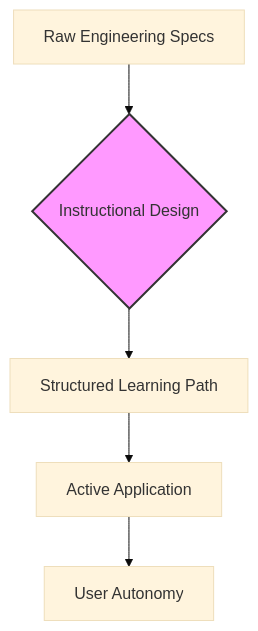
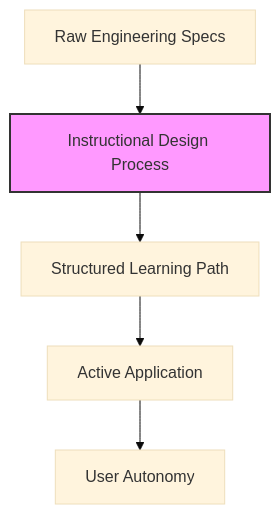
Before and after one commit to vaishvanara/techwritingkb: the diagram in docs/industry-terms/instructional-design.md, drawn with Mermaid (base theme). The commit also changed other lines of this file and 51 other files, not shown here.

````diff
--- a/docs/industry-terms/instructional-design.md
+++ b/docs/industry-terms/instructional-design.md
@@ -42,8 +42,8 @@
 ```mermaid
 graph TD
-    A[Raw Engineering Specs] --> B{Instructional Design}
+    A[Raw Engineering Specs] --> B[Instructional Design Process]
     B --> C[Structured Learning Path]
     C --> D[Active Application]
     D --> E[User Autonomy]
     style B fill:#f9f,stroke:#333,stroke-width:2px
 ```
````
